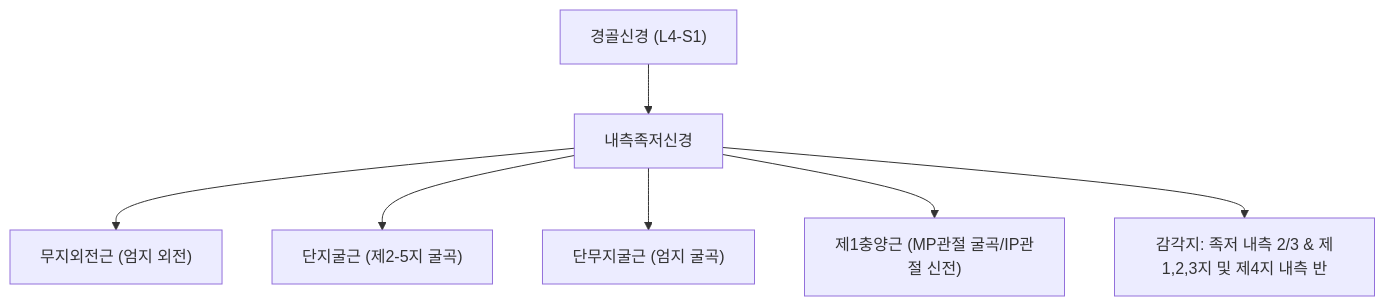
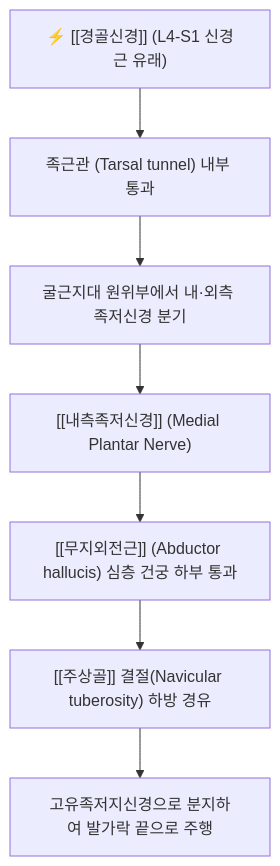
One commit to simbio11/simbio-digital-garden2 changed the diagram in content/1. 근골격계 공부/신경/06_천골신경총_하지후방/내측족저신경.md. Above: the diagram before and after it, drawn with Mermaid. The commit also changed other lines of this file and 142 other files, not shown here.

````diff
--- a/content/1. 근골격계 공부/신경/06_천골신경총_하지후방/내측족저신경.md
+++ b/content/1. 근골격계 공부/신경/06_천골신경총_하지후방/내측족저신경.md
@@ -39,9 +26,9 @@
 ```mermaid
 graph TD
-    Tibial["경골신경 (L4-S1)"] --> MPN["내측족저신경"]
-    MPN --> Motor1["무지외전근 (엄지 외전)"]
-    MPN --> Motor2["단지굴근 (제2-5지 굴곡)"]
-    MPN --> Motor3["단무지굴근 (엄지 굴곡)"]
-    MPN --> Motor4["제1충양근 (MP관절 굴곡/IP관절 신전)"]
-    MPN --> Sensory["감각지: 족저 내측 2/3 & 제1,2,3지 및 제4지 내측 반"]
+    Tibial["⚡ [[경골신경]] (L4-S1 신경근 유래)"] --> TarsalTunnel["족근관 (Tarsal tunnel) 내부 통과"]
+    TarsalTunnel --> Split["굴근지대 원위부에서 내·외측 족저신경 분기"]
+    Split --> MPN["[[내측족저신경]] (Medial Plantar Nerve)"]
+    MPN --> AbdHallucis["[[무지외전근]] (Abductor hallucis) 심층 건궁 하부 통과"]
+    AbdHallucis --> Navicular["[[주상골]] 결절(Navicular tuberosity) 하방 경유"]
+    Navicular --> PlantarDigital["고유족저지신경으로 분지하여 발가락 끝으로 주행"]
 ```
````
